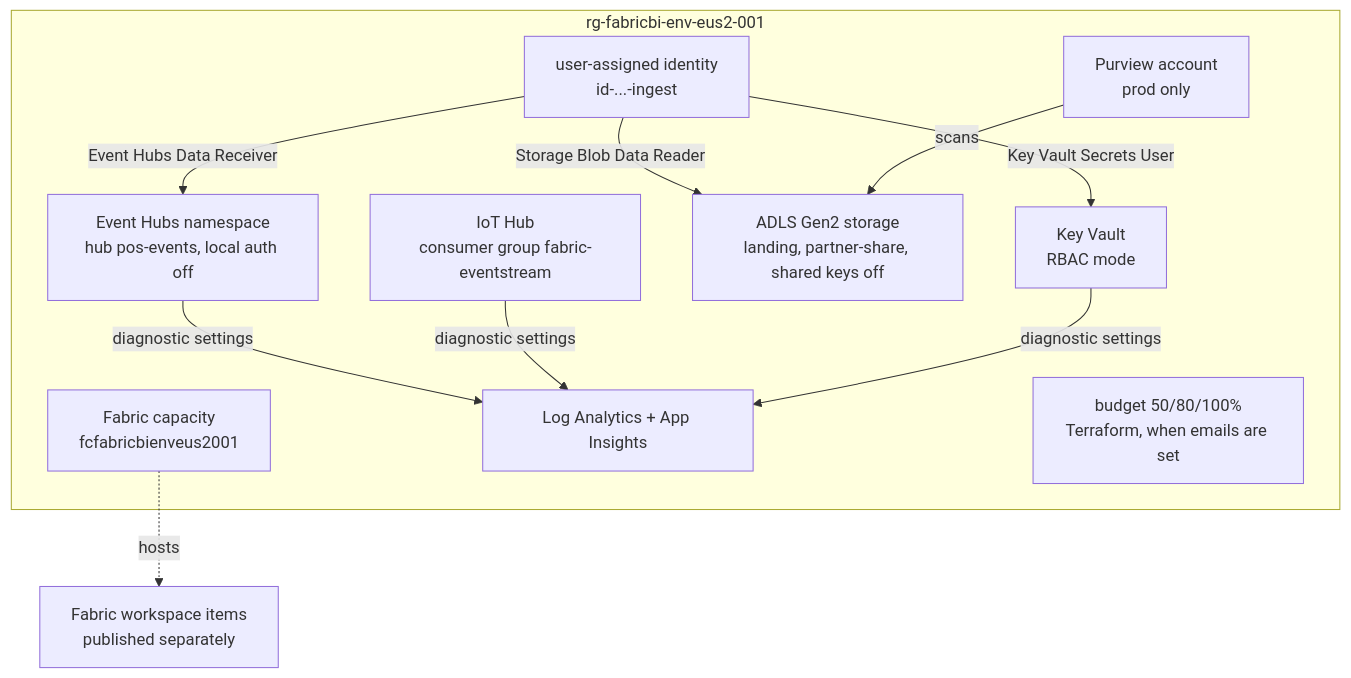
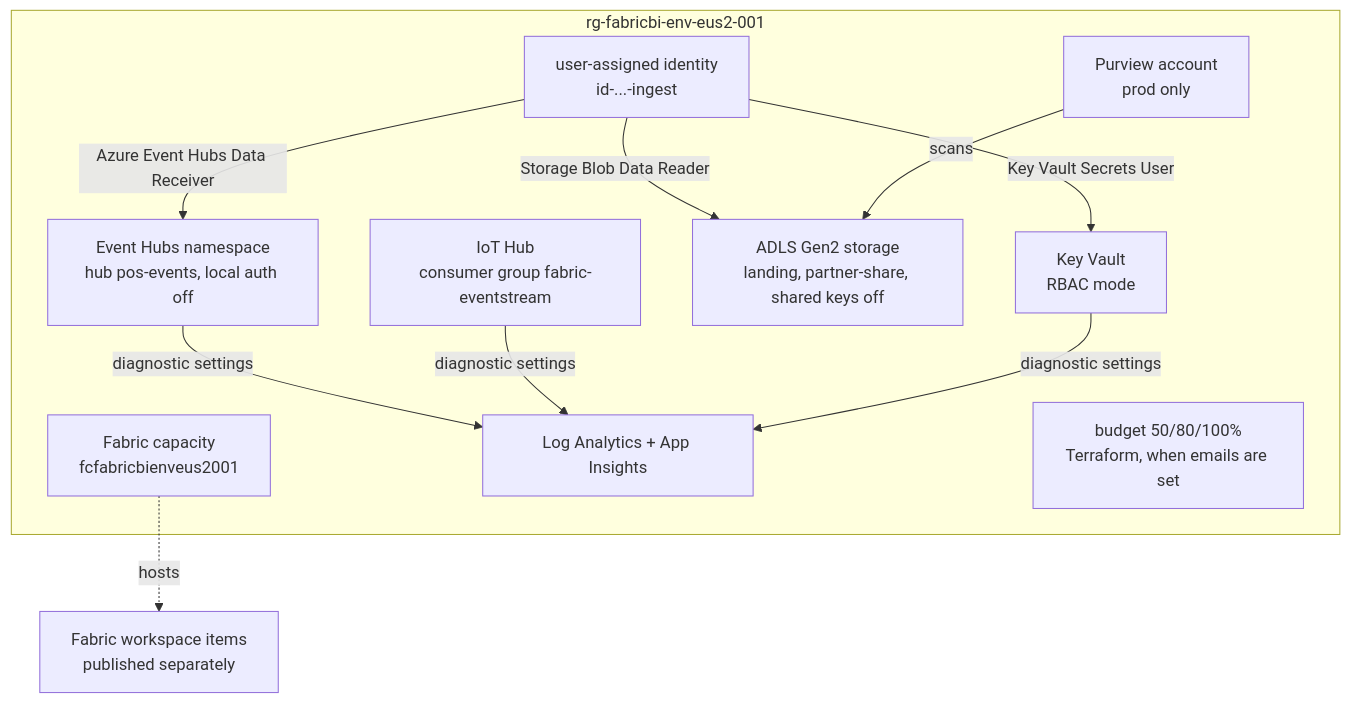
One commit to jagadishmazure-jpg/Jagadish-fabric-enterprise-bi changed the diagram in docs/infrastructure.md. Above: the diagram before and after it, drawn with Mermaid. The commit also changed 44 other files, not shown here.

````diff
--- a/docs/infrastructure.md
+++ b/docs/infrastructure.md
@@ -12,20 +12,20 @@
 ```mermaid
 flowchart TB
   subgraph RG[rg-fabricbi-env-eus2-001]
     ID[user-assigned identity<br/>id-...-ingest]
     FC[Fabric capacity<br/>fcfabricbienveus2001]
     EH[Event Hubs namespace<br/>hub pos-events, local auth off]
     IOT[IoT Hub<br/>consumer group fabric-eventstream]
     ST[ADLS Gen2 storage<br/>landing, partner-share, shared keys off]
     KV[Key Vault<br/>RBAC mode]
     LA[Log Analytics + App Insights]
     PV[Purview account<br/>prod only]
     BU[budget 50/80/100%<br/>Terraform, when emails are set]
   end
-  ID -- Event Hubs Data Receiver --> EH
+  ID -- Azure Event Hubs Data Receiver --> EH
   ID -- Storage Blob Data Reader --> ST
   ID -- Key Vault Secrets User --> KV
   EH & IOT & KV -- diagnostic settings --> LA
   PV -- scans --> ST
   FC -. hosts .-> WS[Fabric workspace items<br/>published separately]
 ```
````
